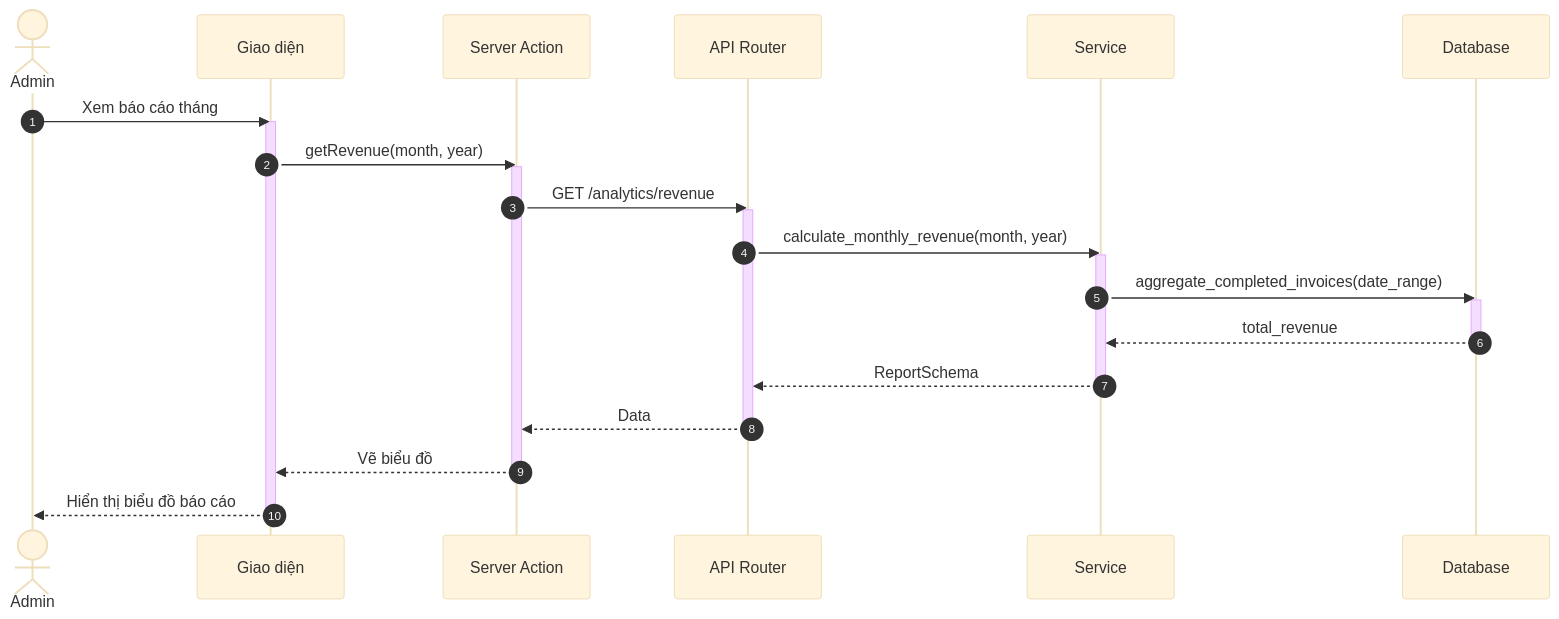
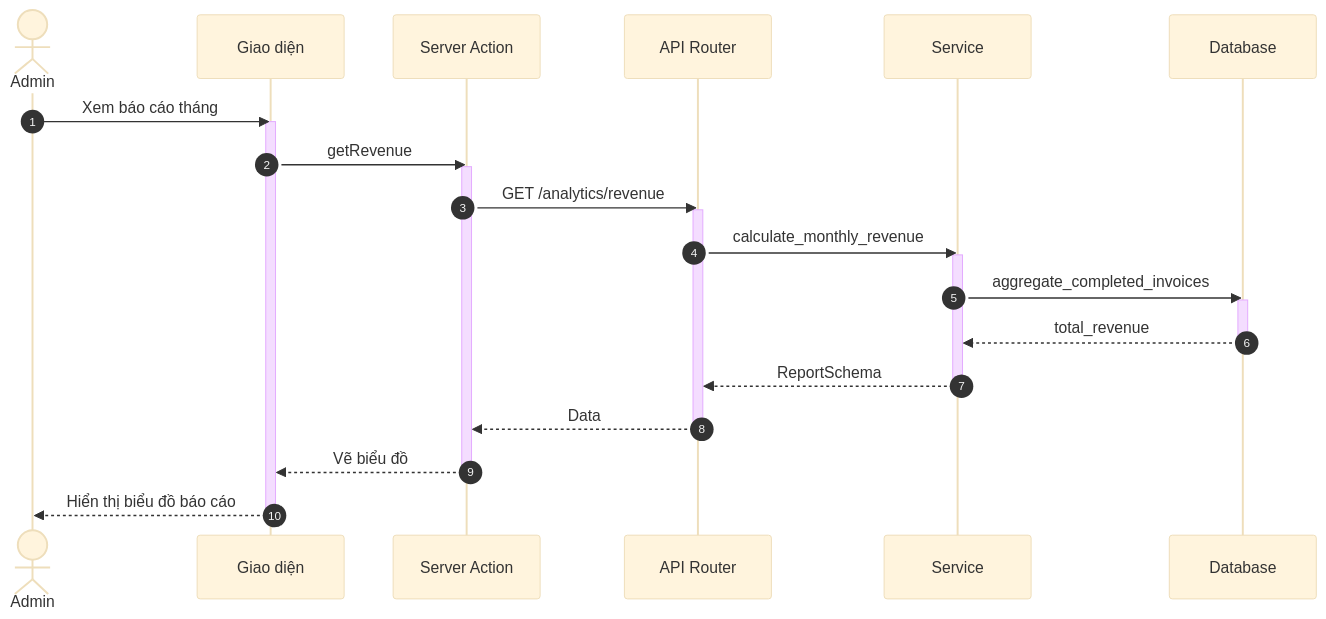
The fourth of 4 diagrams in docs/design/sequences/admin_flows.md (ngoctinn/Synapse), drawn with Mermaid (base theme) before and after one commit. The commit also changed other lines of this file and 1 other file, not shown here.

Commit message:
feat: Add sequence diagrams for admin and customer flows.

````diff
--- a/docs/design/sequences/admin_flows.md
+++ b/docs/design/sequences/admin_flows.md
@@ -168,38 +168,38 @@
 ```mermaid
 sequenceDiagram
     autonumber
     actor AD as Admin
     participant UI as Giao diện
     participant BFF as Server Action
     participant API as API Router
     participant S as Service
     participant DB as Database
 
     AD->>UI: Xem báo cáo tháng
     activate UI
-    UI->>BFF: getRevenue(month, year)
+    UI->>BFF: getRevenue
     activate BFF
 
     BFF->>API: GET /analytics/revenue
     activate API
 
-    API->>S: calculate_monthly_revenue(month, year)
+    API->>S: calculate_monthly_revenue
     activate S
 
-    S->>DB: aggregate_completed_invoices(date_range)
+    S->>DB: aggregate_completed_invoices
     activate DB
     DB-->>S: total_revenue
     deactivate DB
 
     S-->>API: ReportSchema
     deactivate S
 
     API-->>BFF: Data
     deactivate API
 
     BFF-->>UI: Vẽ biểu đồ
     deactivate BFF
 
     UI-->>AD: Hiển thị biểu đồ báo cáo
     deactivate UI
 ```
````
